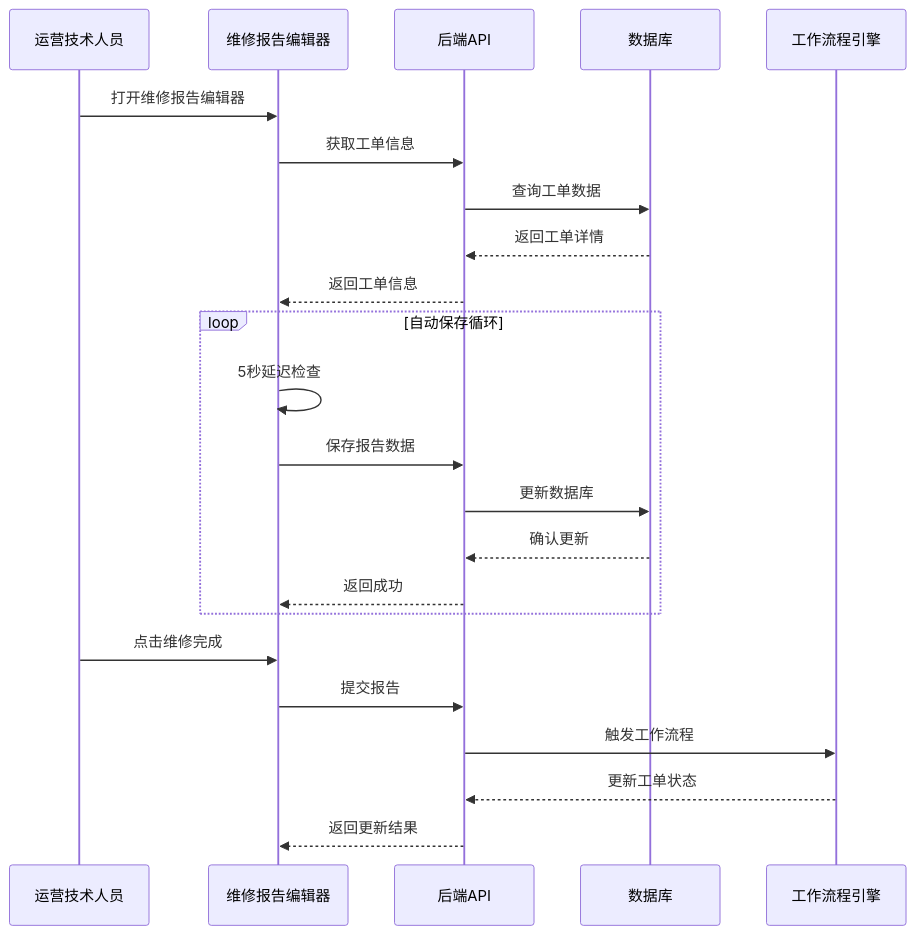
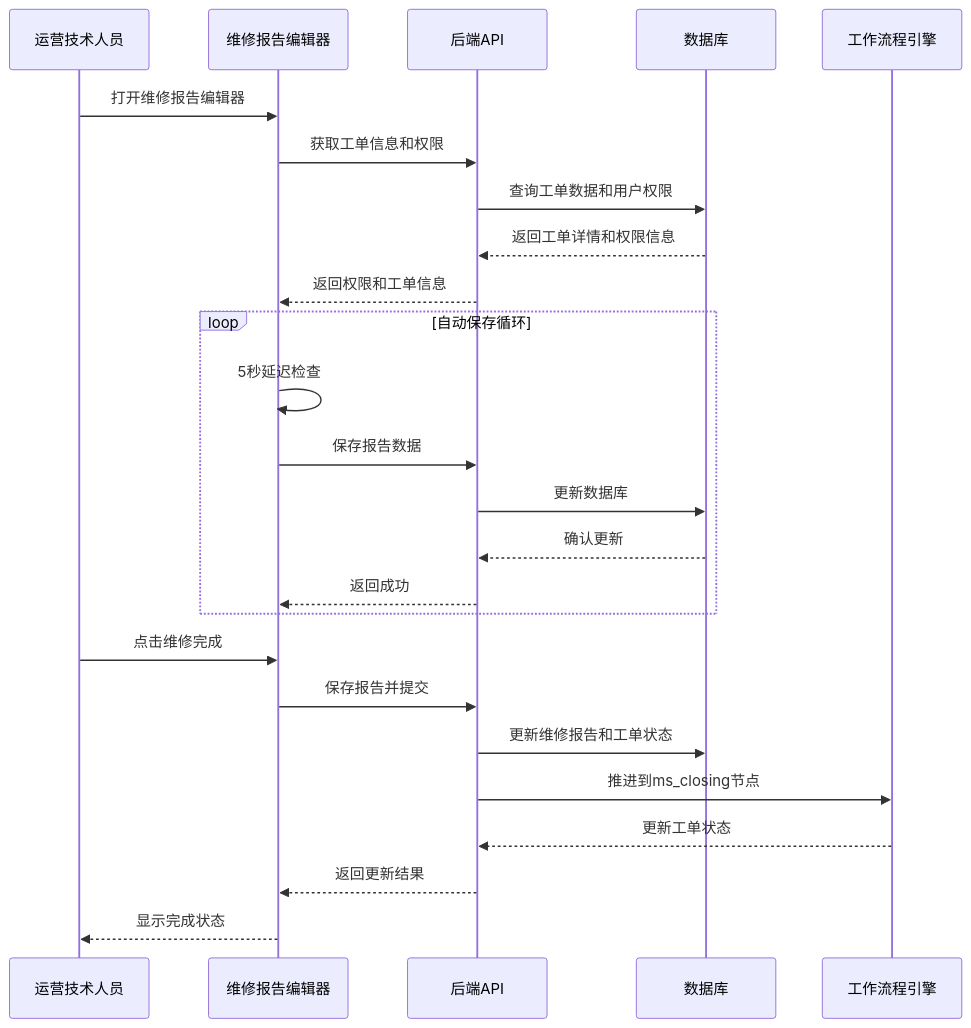
The second of 8 diagrams in .qoder/repowiki/zh/content/前端组件架构/服务工作流增强/运营维修报告编辑器.md (CubeEdge/Longhorn), drawn with Mermaid before and after one commit. The commit also changed other lines of this file and 3 other files, not shown here.

````diff
--- a/.qoder/repowiki/zh/content/前端组件架构/服务工作流增强/运营维修报告编辑器.md
+++ b/.qoder/repowiki/zh/content/前端组件架构/服务工作流增强/运营维修报告编辑器.md
@@ -108,25 +137,27 @@
 ```mermaid
 sequenceDiagram
 participant User as 运营技术人员
 participant Editor as 维修报告编辑器
 participant API as 后端API
 participant DB as 数据库
 participant Workflow as 工作流程引擎
 User->>Editor : 打开维修报告编辑器
-Editor->>API : 获取工单信息
-API->>DB : 查询工单数据
-DB-->>API : 返回工单详情
-API-->>Editor : 返回工单信息
+Editor->>API : 获取工单信息和权限
+API->>DB : 查询工单数据和用户权限
+DB-->>API : 返回工单详情和权限信息
+API-->>Editor : 返回权限和工单信息
 loop 自动保存循环
 Editor->>Editor : 5秒延迟检查
 Editor->>API : 保存报告数据
 API->>DB : 更新数据库
 DB-->>API : 确认更新
 API-->>Editor : 返回成功
 end
 User->>Editor : 点击维修完成
-Editor->>API : 提交报告
-API->>Workflow : 触发工作流程
+Editor->>API : 保存报告并提交
+API->>DB : 更新维修报告和工单状态
+API->>Workflow : 推进到ms_closing节点
 Workflow-->>API : 更新工单状态
 API-->>Editor : 返回更新结果
+Editor-->>User : 显示完成状态
 ```
````
